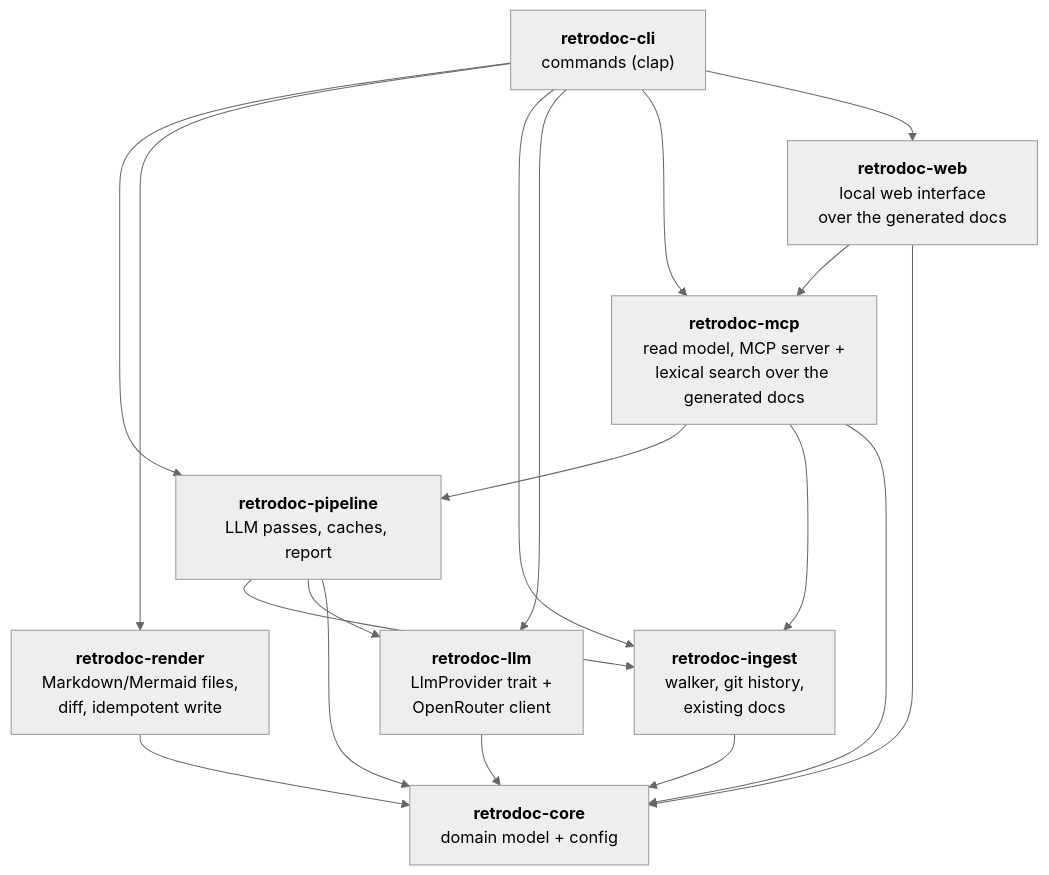
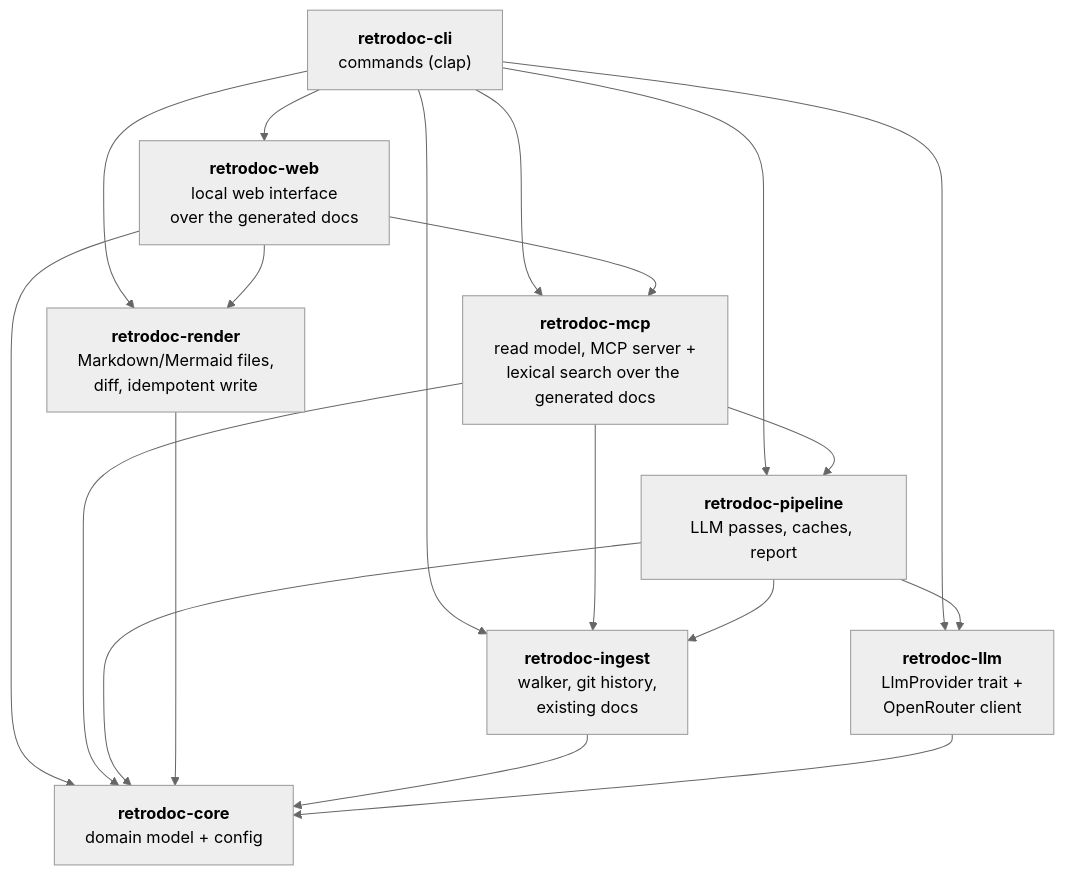
The second of 9 diagrams in docs/ARCHITECTURE.md (Electron-libre/RetroDoc), drawn with Mermaid (neutral theme) before and after one commit. The commit also changed other lines of this file and 20 other files, not shown here.

````diff
--- a/docs/ARCHITECTURE.md
+++ b/docs/ARCHITECTURE.md
@@ -27,29 +27,30 @@
 ```mermaid
 flowchart TD
     cli["<b>retrodoc-cli</b><br/>commands (clap)"]
     pipe["<b>retrodoc-pipeline</b><br/>LLM passes, caches, report"]
     render["<b>retrodoc-render</b><br/>Markdown/Mermaid files,<br/>diff, idempotent write"]
     mcp["<b>retrodoc-mcp</b><br/>read model, MCP server +<br/>lexical search over the generated docs"]
     web["<b>retrodoc-web</b><br/>local web interface<br/>over the generated docs"]
     ingest["<b>retrodoc-ingest</b><br/>walker, git history,<br/>existing docs"]
     llm["<b>retrodoc-llm</b><br/>LlmProvider trait +<br/>OpenRouter client"]
     core["<b>retrodoc-core</b><br/>domain model + config"]
 
     cli --> pipe
     cli --> render
     cli --> ingest
     cli --> llm
     cli --> mcp
     cli --> web
     web --> mcp
+    web --> render
     web --> core
     mcp --> pipe
     mcp --> ingest
     mcp --> core
     pipe --> ingest
     pipe --> llm
     pipe --> core
     render --> core
     ingest --> core
     llm --> core
 ```
````
